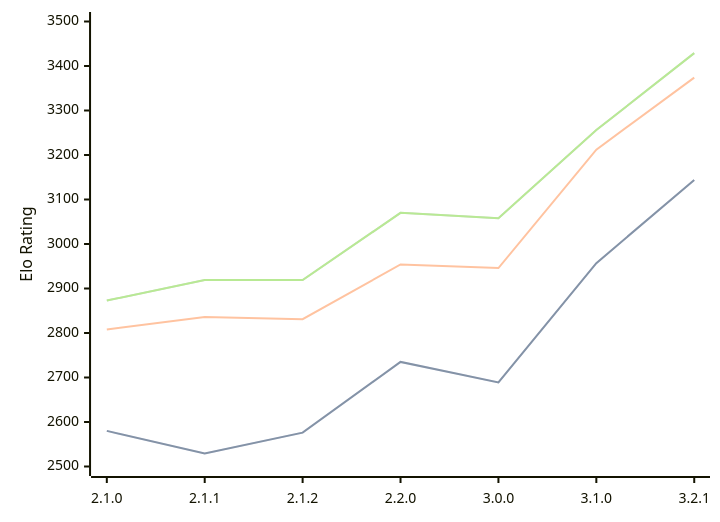
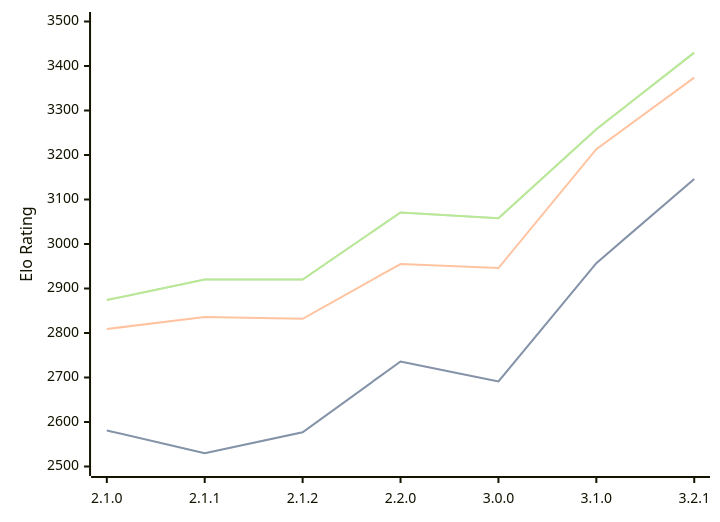
Before and after one commit to computer-chess-index/cci: the diagram in engines/Prune.md, drawn with Mermaid. The commit also changed other lines of this file, not shown here.

Commit message:
Update CCI Ratings (ELO VLTC) - 2026-05-14

````diff
--- a/engines/Prune.md
+++ b/engines/Prune.md
@@ -42,11 +42,11 @@
 ```mermaid
 %%{init: {"theme":"base","themeVariables":{"seriesColors:['#a3a3a3','#222221','#faa371']}}}%%
 xychart-beta
   x-axis ["2.1.0", "2.1.1", "2.1.2", "2.2.0", "3.0.0", "3.1.0", "3.2.1"]
   y-axis "Elo Rating" 2500 --> 3500
-  line "STC (8.0+0.08s)" [2580, 2529, 2576, 2735, 2689, 2957, 3144]
-  line "STC (8.0+0.08s)" [2580, 2529, 2576, 2735, 2689, 2957, 3144]
-  line "LTC (60.0+0.60s)" [2808, 2836, 2831, 2954, 2946, 3212, 3374]
-  line "VLTC (2m24s+1.12s)" [2873, 2919, 2919, 3070, 3058, 3256, 3429]
-  line "VLTC (2m24s+1.12s)" [2873, 2919, 2919, 3070, 3058, 3256, 3429]
+  line "STC (8.0+0.08s)" [2581, 2530, 2577, 2736, 2691, 2957, 3146]
+  line "STC (8.0+0.08s)" [2581, 2530, 2577, 2736, 2691, 2957, 3146]
+  line "LTC (60.0+0.60s)" [2809, 2836, 2832, 2955, 2946, 3213, 3374]
+  line "VLTC (2m24s+1.12s)" [2874, 2920, 2920, 3071, 3058, 3258, 3430]
+  line "VLTC (2m24s+1.12s)" [2874, 2920, 2920, 3071, 3058, 3258, 3430]
 ```
````
